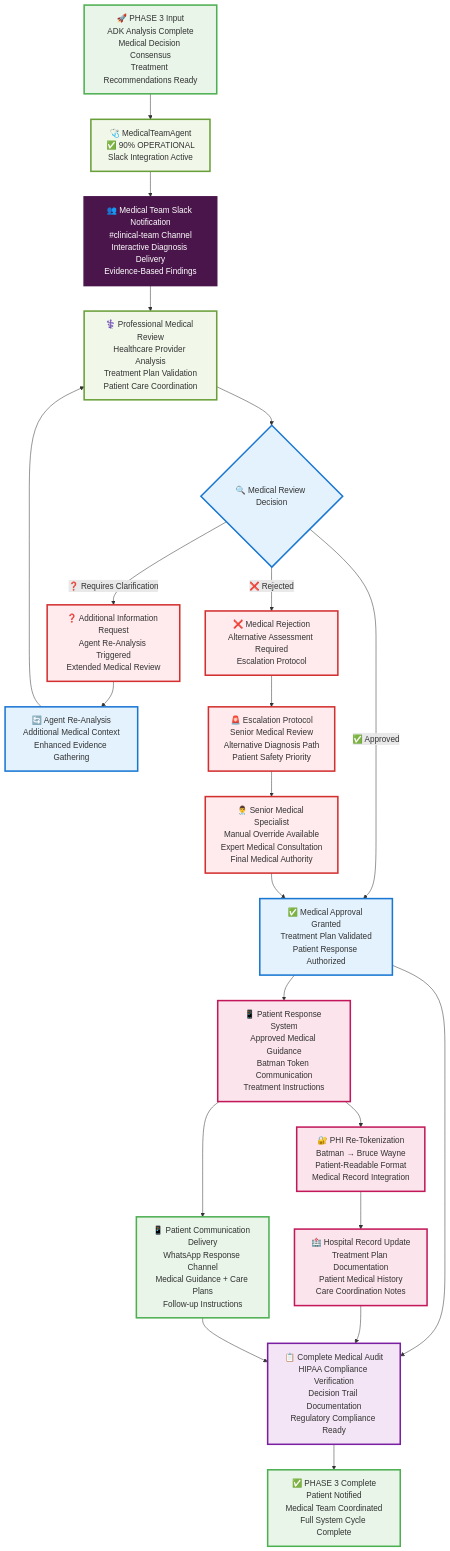
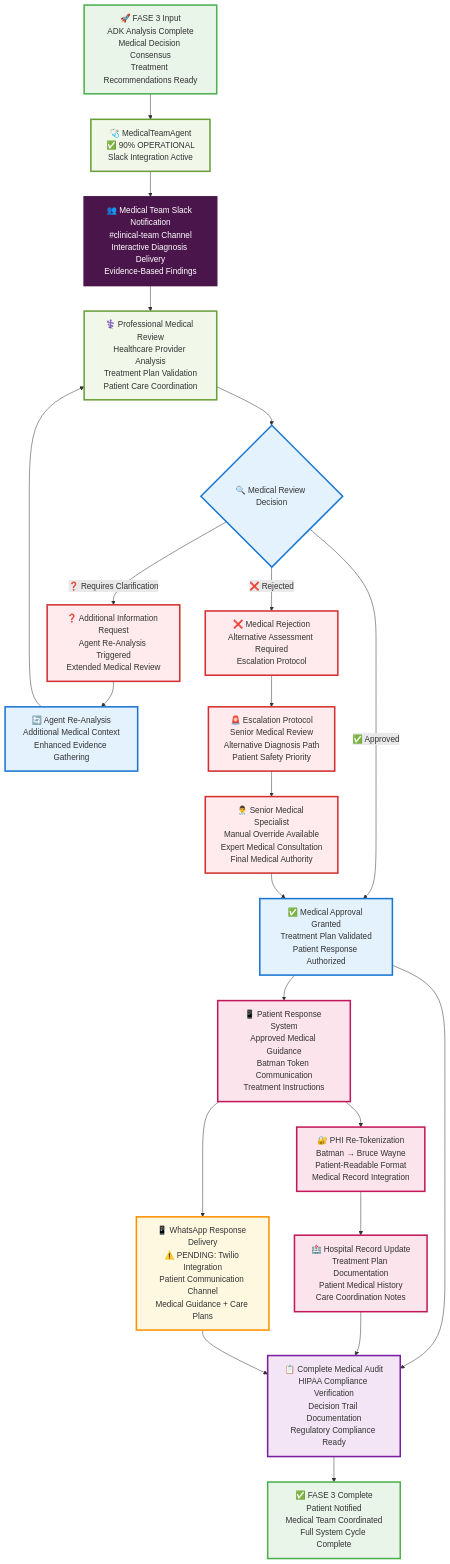
One commit to AutonomosCdM/vigia-medical-ai changed the fifth of 5 diagrams in docs/ARCHITECTURE.md. Above: the diagram before and after it, drawn with Mermaid. The commit also changed other lines of this file and 1 other file, not shown here.

First line of the commit message:
docs: Upgrade architecture documentation with comprehensive Spanish phases

````diff
--- a/docs/ARCHITECTURE.md
+++ b/docs/ARCHITECTURE.md
@@ -307,64 +307,64 @@
 ```mermaid
 graph TD
-    %% PHASE 3 INPUT
-    A[🚀 PHASE 3 Input<br/>ADK Analysis Complete<br/>Medical Decision Consensus<br/>Treatment Recommendations Ready] --> B[🩺 MedicalTeamAgent<br/>✅ 90% OPERATIONAL<br/>Slack Integration Active]
+    %% FASE 3 INPUT
+    A[🚀 FASE 3 Input<br/>ADK Analysis Complete<br/>Medical Decision Consensus<br/>Treatment Recommendations Ready] --> B[🩺 MedicalTeamAgent<br/>✅ 90% OPERATIONAL<br/>Slack Integration Active]
     
     %% MEDICAL TEAM NOTIFICATION
     B --> C[👥 Medical Team Slack Notification<br/>#clinical-team Channel<br/>Interactive Diagnosis Delivery<br/>Evidence-Based Findings]
     
     C --> D[⚕️ Professional Medical Review<br/>Healthcare Provider Analysis<br/>Treatment Plan Validation<br/>Patient Care Coordination]
     
     %% APPROVAL WORKFLOW
     D --> E{🔍 Medical Review Decision}
     E -->|✅ Approved| F[✅ Medical Approval Granted<br/>Treatment Plan Validated<br/>Patient Response Authorized]
     E -->|❓ Requires Clarification| G[❓ Additional Information Request<br/>Agent Re-Analysis Triggered<br/>Extended Medical Review]
     E -->|❌ Rejected| H[❌ Medical Rejection<br/>Alternative Assessment Required<br/>Escalation Protocol]
     
     %% CLARIFICATION LOOP
     G --> I[🔄 Agent Re-Analysis<br/>Additional Medical Context<br/>Enhanced Evidence Gathering]
     I --> D
     
     %% PATIENT RESPONSE PREPARATION
     F --> J[📱 Patient Response System<br/>Approved Medical Guidance<br/>Batman Token Communication<br/>Treatment Instructions]
     
-    %% COMMUNICATION DELIVERY
-    J --> K[📱 Patient Communication Delivery<br/>WhatsApp Response Channel<br/>Medical Guidance + Care Plans<br/>Follow-up Instructions]
+    %% TWILIO WHATSAPP DELIVERY
+    J --> K[📱 WhatsApp Response Delivery<br/>⚠️ PENDING: Twilio Integration<br/>Patient Communication Channel<br/>Medical Guidance + Care Plans]
     
     %% PHI RE-TOKENIZATION
     J --> L[🔐 PHI Re-Tokenization<br/>Batman → Bruce Wayne<br/>Patient-Readable Format<br/>Medical Record Integration]
     
     L --> M[🏥 Hospital Record Update<br/>Treatment Plan Documentation<br/>Patient Medical History<br/>Care Coordination Notes]
     
     %% AUDIT COMPLETION
     F --> N[📋 Complete Medical Audit<br/>HIPAA Compliance Verification<br/>Decision Trail Documentation<br/>Regulatory Compliance Ready]
     M --> N
     K --> N
     
     %% SYSTEM COMPLETION
-    N --> O[✅ PHASE 3 Complete<br/>Patient Notified<br/>Medical Team Coordinated<br/>Full System Cycle Complete]
+    N --> O[✅ FASE 3 Complete<br/>Patient Notified<br/>Medical Team Coordinated<br/>Full System Cycle Complete]
     
     %% ERROR HANDLING
     H --> P[🚨 Escalation Protocol<br/>Senior Medical Review<br/>Alternative Diagnosis Path<br/>Patient Safety Priority]
     P --> Q[👨‍⚕️ Senior Medical Specialist<br/>Manual Override Available<br/>Expert Medical Consultation<br/>Final Medical Authority]
     Q --> F
     
     %% STYLING
     classDef inputNode fill:#e8f5e8,stroke:#4caf50,stroke-width:3px
     classDef medicalNode fill:#f1f8e9,stroke:#689f38,stroke-width:3px
     classDef slackNode fill:#4a154b,stroke:#4a154b,stroke-width:3px,color:#fff
     classDef approvalNode fill:#e3f2fd,stroke:#1976d2,stroke-width:3px
     classDef patientNode fill:#fce4ec,stroke:#c2185b,stroke-width:3px
-    classDef communicationNode fill:#e8f5e8,stroke:#4caf50,stroke-width:3px
+    classDef pendingNode fill:#fff8e1,stroke:#ff8f00,stroke-width:3px
     classDef auditNode fill:#f3e5f5,stroke:#7b1fa2,stroke-width:3px
     classDef completionNode fill:#e8f5e8,stroke:#4caf50,stroke-width:3px
     classDef errorNode fill:#ffebee,stroke:#d32f2f,stroke-width:3px
     
     class A,O inputNode
     class B,D medicalNode
     class C slackNode
     class E,F,I approvalNode
     class J,L,M patientNode
-    class K communicationNode
+    class K pendingNode
     class N auditNode
     class G,H,P,Q errorNode
 ```
````
